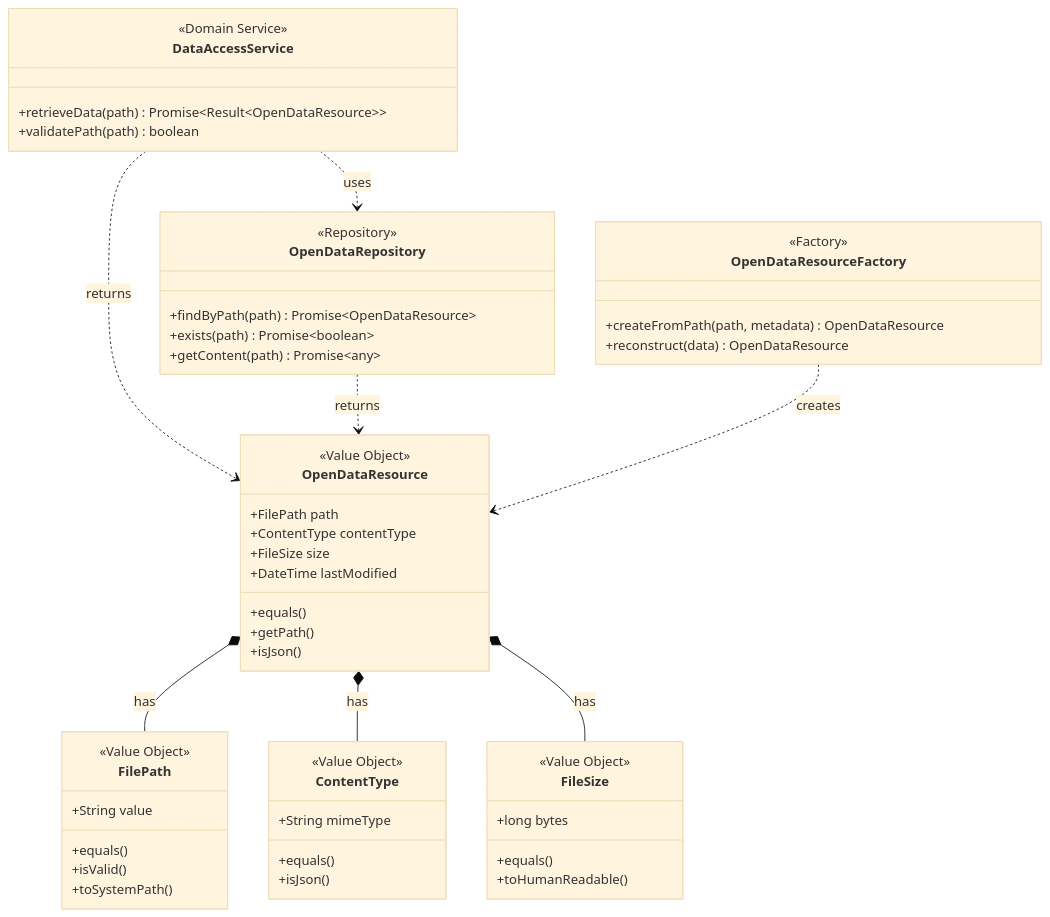
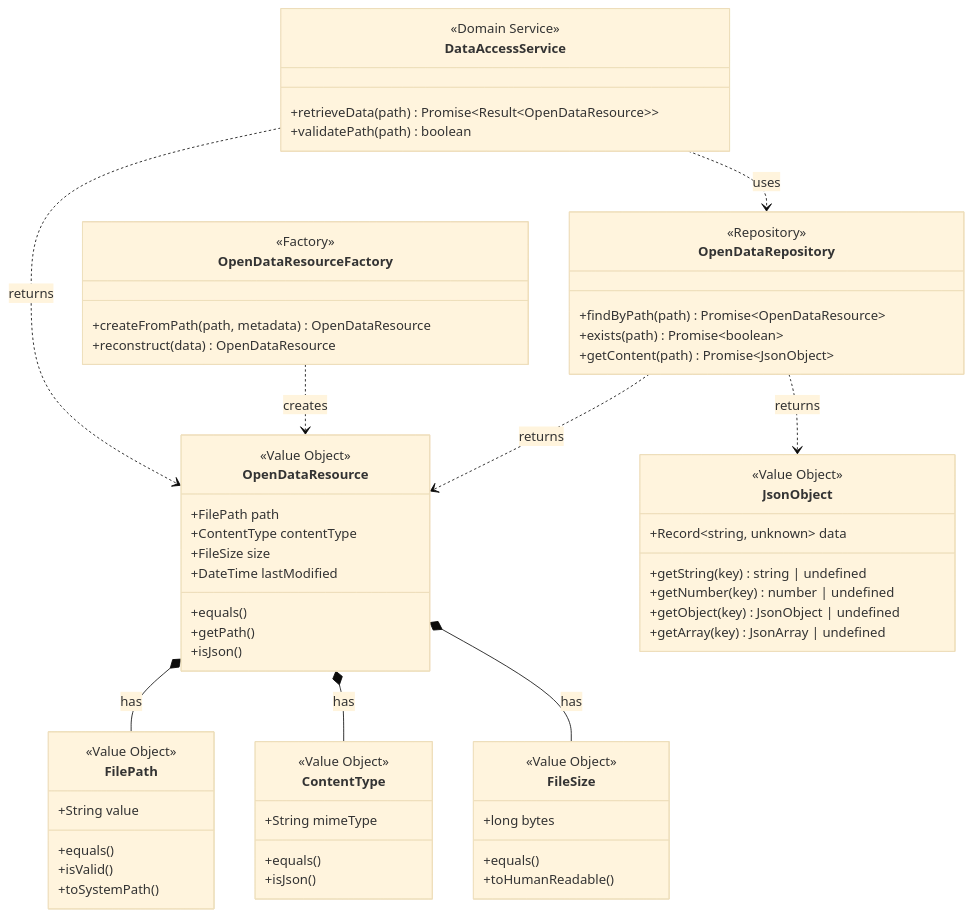
The third of 15 diagrams in docs/specs/step5-design.md (hydrangeas/redis-test), drawn with Mermaid (base theme) before and after one commit. The commit also changed other lines of this file and 1 other file, not shown here.

````diff
--- a/docs/specs/step5-design.md
+++ b/docs/specs/step5-design.md
@@ -165,67 +168,77 @@
 ```mermaid
 classDiagram
     %% バリューオブジェクト
     class OpenDataResource {
         <<Value Object>>
         +FilePath path
         +ContentType contentType
         +FileSize size
         +DateTime lastModified
         +equals()
         +getPath()
         +isJson()
     }
     
     class FilePath {
         <<Value Object>>
         +String value
         +equals()
         +isValid()
         +toSystemPath()
     }
     
     class ContentType {
         <<Value Object>>
         +String mimeType
         +equals()
         +isJson()
     }
     
     class FileSize {
         <<Value Object>>
         +long bytes
         +equals()
         +toHumanReadable()
     }
     
+    class JsonObject {
+        <<Value Object>>
+        +Record~string, unknown~ data
+        +getString(key) string | undefined
+        +getNumber(key) number | undefined
+        +getObject(key) JsonObject | undefined
+        +getArray(key) JsonArray | undefined
+    }
+    
     %% ドメインサービス
     class DataAccessService {
         <<Domain Service>>
         +retrieveData(path) Promise~Result~OpenDataResource~~
         +validatePath(path) boolean
     }
     
     %% リポジトリインターフェース
     class OpenDataRepository {
         <<Repository>>
         +findByPath(path) Promise~OpenDataResource~
         +exists(path) Promise~boolean~
-        +getContent(path) Promise~any~
+        +getContent(path) Promise~JsonObject~
     }
     
     %% ファクトリ
     class OpenDataResourceFactory {
         <<Factory>>
         +createFromPath(path, metadata) OpenDataResource
         +reconstruct(data) OpenDataResource
     }
     
     %% 関係性
     OpenDataResource *-- FilePath : has
     OpenDataResource *-- ContentType : has
     OpenDataResource *-- FileSize : has
     DataAccessService ..> OpenDataResource : returns
     DataAccessService ..> OpenDataRepository : uses
     OpenDataRepository ..> OpenDataResource : returns
+    OpenDataRepository ..> JsonObject : returns
     OpenDataResourceFactory ..> OpenDataResource : creates
 ```
````
